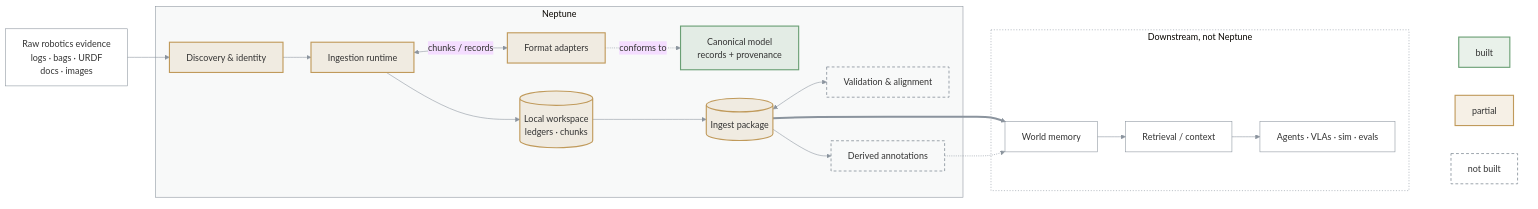
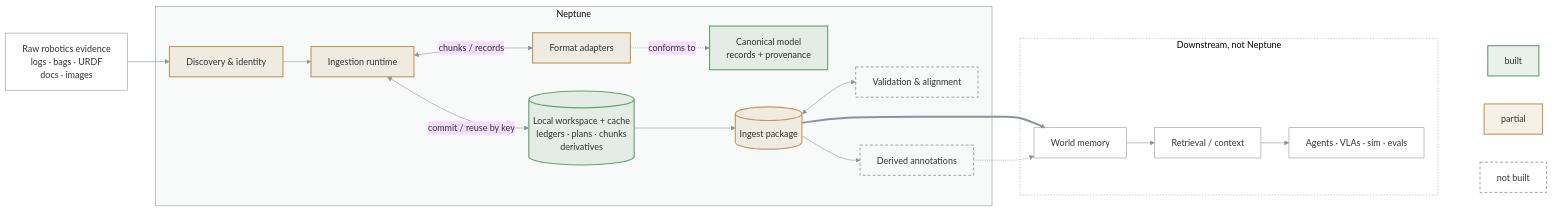
Before and after one commit to bennytay/neptune: the diagram in ARCHITECTURE.md, drawn with Mermaid (base theme).

Commit message:
docs(architecture): the workspace is the cache, and built
Refs: MVL-9

````diff
--- a/ARCHITECTURE.md
+++ b/ARCHITECTURE.md
@@ -3,50 +3,51 @@
 ```mermaid
 flowchart LR
   RAW["Raw robotics evidence<br/>logs · bags · URDF<br/>docs · images"]
 
   subgraph N["Neptune"]
     DISC["Discovery &amp; identity"]
     RT["Ingestion runtime"]
-    WS[("Local workspace<br/>ledgers · chunks")]
+    WS[("Local workspace + cache<br/>ledgers · plans · chunks<br/>derivatives")]
     AD["Format adapters"]
     CAN["Canonical model<br/>records + provenance"]
     PKG[("Ingest package")]
     VAL["Validation &amp; alignment"]
     DER["Derived annotations"]
   end
 
   subgraph D["Downstream, not Neptune"]
     MEM["World memory"]
     RET["Retrieval / context"]
     USE["Agents · VLAs · sim · evals"]
   end
 
   RAW --> DISC --> RT
   RT <-->|chunks / records| AD
   AD -.->|conforms to| CAN
-  RT --> WS --> PKG
+  RT <-->|commit / reuse by key| WS
+  WS --> PKG
   PKG <--> VAL
   PKG --> DER
   PKG ==> MEM --> RET --> USE
   DER -.-> MEM
 
   subgraph KEY[" "]
     K1["built"]
     K2["partial"]
     K3["not built"]
   end
   USE ~~~ K1 & K2 & K3
 
   classDef built fill:#6a9f7426,stroke:#6a9f74,stroke-width:2px
   classDef partial fill:#c09a5b26,stroke:#c09a5b,stroke-width:2px
   classDef todo fill:none,stroke:#8b949e,stroke-width:1.5px,stroke-dasharray:5 4
   classDef ext fill:none,stroke:#8b949e,stroke-width:1px
-  class CAN,K1 built
-  class DISC,RT,AD,WS,PKG,K2 partial
+  class CAN,WS,K1 built
+  class DISC,RT,AD,PKG,K2 partial
   class VAL,DER,K3 todo
   class RAW,MEM,RET,USE ext
   style N fill:#8b949e0f,stroke:#8b949e
   style D fill:none,stroke:#8b949e,stroke-dasharray:2 3
   style KEY fill:none,stroke:none
   linkStyle default stroke:#8b949e
 ```
````
